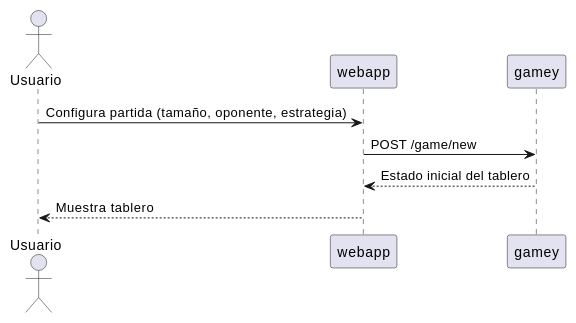
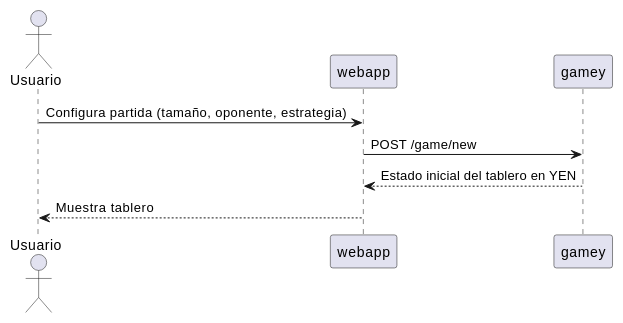
One commit to Arquisoft/yovi_es2a changed the second of 4 diagrams in docs/src/06_runtime_view.adoc. Above: the diagram before and after it, drawn with PlantUML. The commit also changed other lines of this file and 2 other files, not shown here.

Commit message:
Simplificación de la API de rust y finalización del apartado 6 de la documentación

```diff
--- a/docs/src/06_runtime_view.adoc
+++ b/docs/src/06_runtime_view.adoc
@@ -35,13 +33,13 @@
 [plantuml, runtime-newgame, png]
 ----
 @startuml
 actor Usuario
 participant "webapp" as web
 participant "gamey" as gamey
 
 Usuario -> web: Configura partida (tamaño, oponente, estrategia)
 web -> gamey: POST /game/new
-gamey --> web: Estado inicial del tablero
+gamey --> web: Estado inicial del tablero en YEN
 web --> Usuario: Muestra tablero
 @enduml
 ----
```
